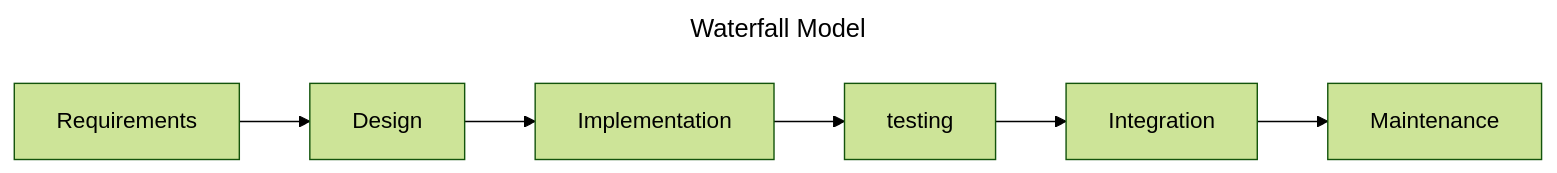
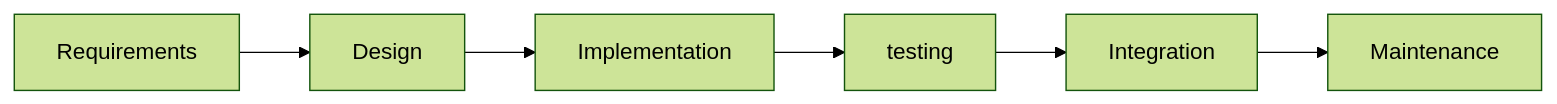
The first of 2 diagrams in REPORT.md (Joeccp/SBA), drawn with Mermaid (forest theme) before and after one commit. The commit also changed other lines of this file, not shown here.

Commit message:
Remove titles of the two mermaid graph

```diff
--- a/REPORT.md
+++ b/REPORT.md
@@ -22,12 +22,9 @@
 <pre class="mermaid">
----
-title: Waterfall Model
----
 flowchart LR
     Requirements -->
     Design -->
     Implementation -->
     testing -->
     Integration -->
     Maintenance
 </pre>
```
